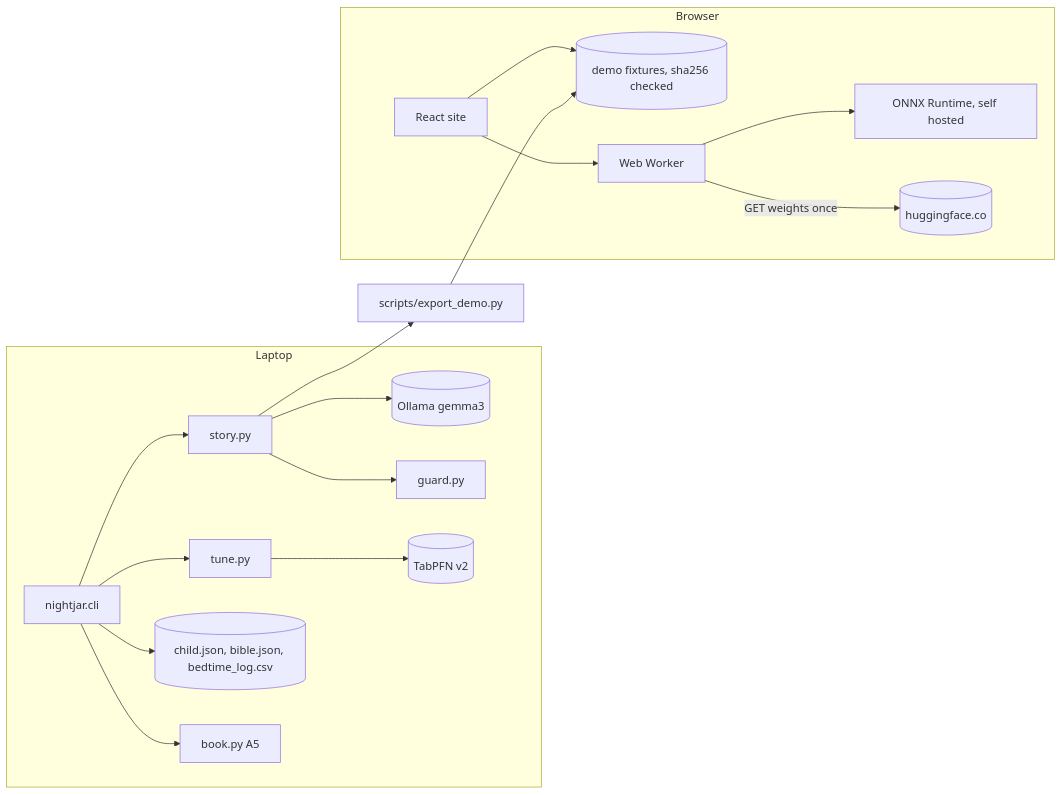
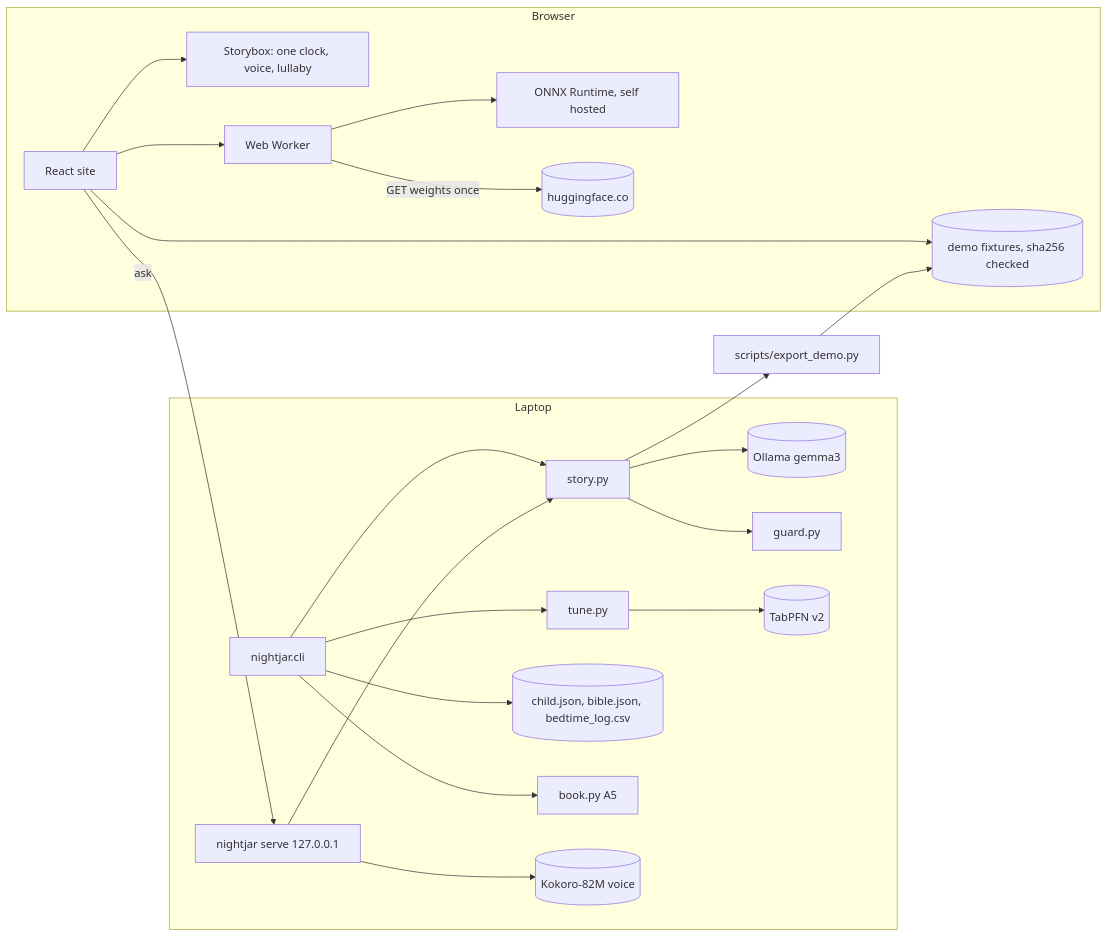
One commit to zkasuran/nightjar changed the second of 2 diagrams in README.md. Above: the diagram before and after it, drawn with Mermaid. The commit also changed other lines of this file and 46 other files, not shown here.

````diff
--- a/README.md
+++ b/README.md
@@ -113,17 +130,21 @@
 ```mermaid
 flowchart LR
   subgraph Laptop
     CLI[nightjar.cli] --> ST[story.py] --> OL[(Ollama gemma3)]
     ST --> GU[guard.py]
     CLI --> TU[tune.py] --> TP[(TabPFN v2)]
     CLI --> FILES[(child.json, bible.json, bedtime_log.csv)]
     CLI --> BK[book.py A5]
+    SV[nightjar serve 127.0.0.1] --> ST
+    SV --> KO[(Kokoro-82M voice)]
   end
   subgraph Browser
     SITE[React site] --> FX[(demo fixtures, sha256 checked)]
+    SITE --> SB[Storybox: one clock, voice, lullaby]
+    SITE -->|ask| SV
     SITE --> W[Web Worker] --> ORT[ONNX Runtime, self hosted]
     W -->|GET weights once| HF[(huggingface.co)]
   end
   EX[scripts/export_demo.py] --> FX
   ST --> EX
 ```
````
